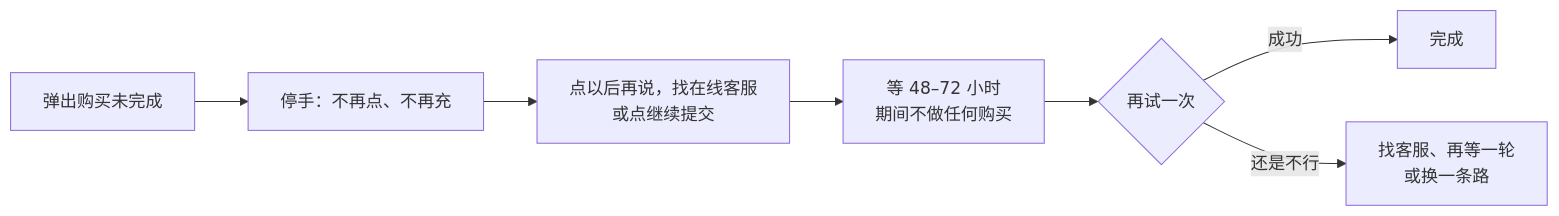
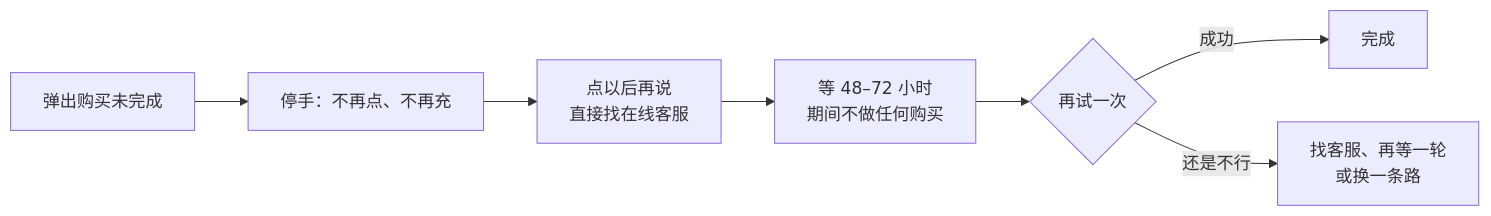
The diagram in README.md (Avarce/apple-purchase-not-completed), drawn with Mermaid before and after one commit. The commit also changed other lines of this file, not shown here.

```diff
--- a/README.md
+++ b/README.md
@@ -18,9 +18,9 @@
 ~~~mermaid
 flowchart LR
     A[弹出购买未完成] --> B[停手：不再点、不再充]
-    B --> C[点以后再说，找在线客服<br/>或点继续提交]
+    B --> C[点以后再说<br/>直接找在线客服]
     C --> D[等 48–72 小时<br/>期间不做任何购买]
     D --> E{再试一次}
     E -->|成功| F[完成]
     E -->|还是不行| G[找客服、再等一轮<br/>或换一条路]
 ~~~
```
